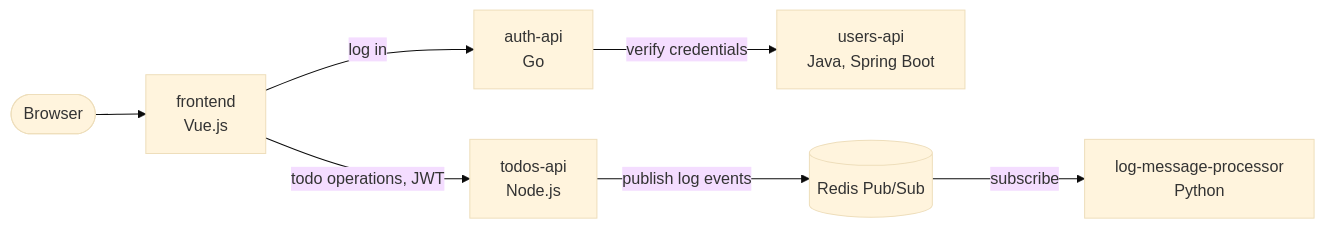
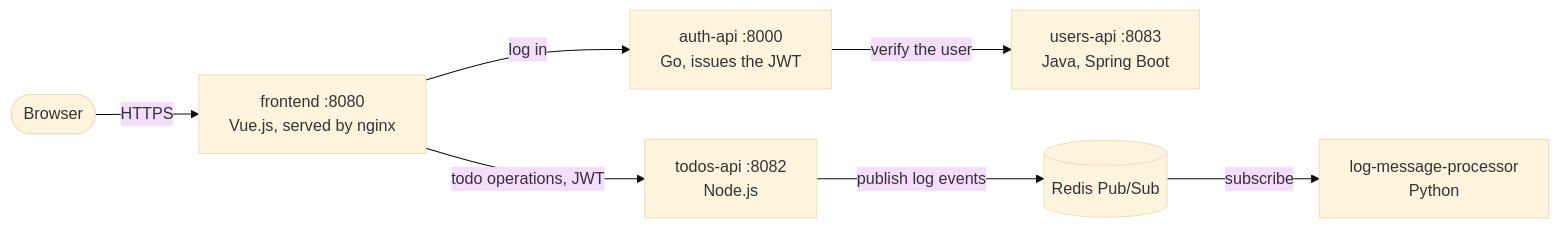
Before and after one commit to MicroTodoSuite/microservice-app-docs: the first of 3 diagrams in docs/Architecture diagrams.md, drawn with Mermaid (base theme). The commit also changed other lines of this file and 5 other files, not shown here.

First line of the commit message:
docs(diagrams): complete the diagram set in draw.io (#60)

````diff
--- a/docs/Architecture diagrams.md
+++ b/docs/Architecture diagrams.md
@@ -14,9 +30,9 @@
 ```mermaid
 flowchart LR
-  browser([Browser]) --> frontend["frontend<br/>Vue.js"]
-  frontend -->|log in| auth["auth-api<br/>Go"]
-  auth -->|verify credentials| users["users-api<br/>Java, Spring Boot"]
-  frontend -->|todo operations, JWT| todos["todos-api<br/>Node.js"]
+  browser([Browser]) -->|HTTPS| frontend["frontend :8080<br/>Vue.js, served by nginx"]
+  frontend -->|log in| auth["auth-api :8000<br/>Go, issues the JWT"]
+  auth -->|verify the user| users["users-api :8083<br/>Java, Spring Boot"]
+  frontend -->|todo operations, JWT| todos["todos-api :8082<br/>Node.js"]
   todos -->|publish log events| redis[("Redis Pub/Sub")]
   redis -->|subscribe| logproc["log-message-processor<br/>Python"]
 ```
````
